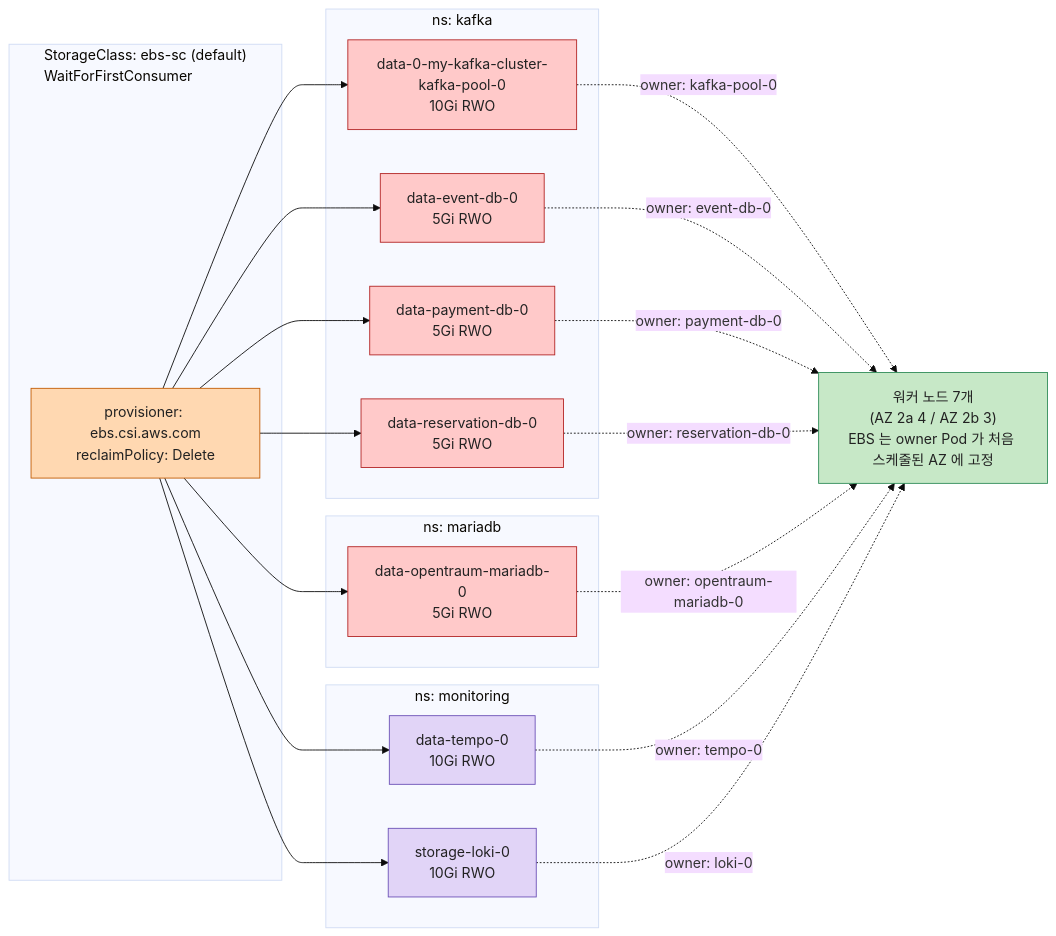
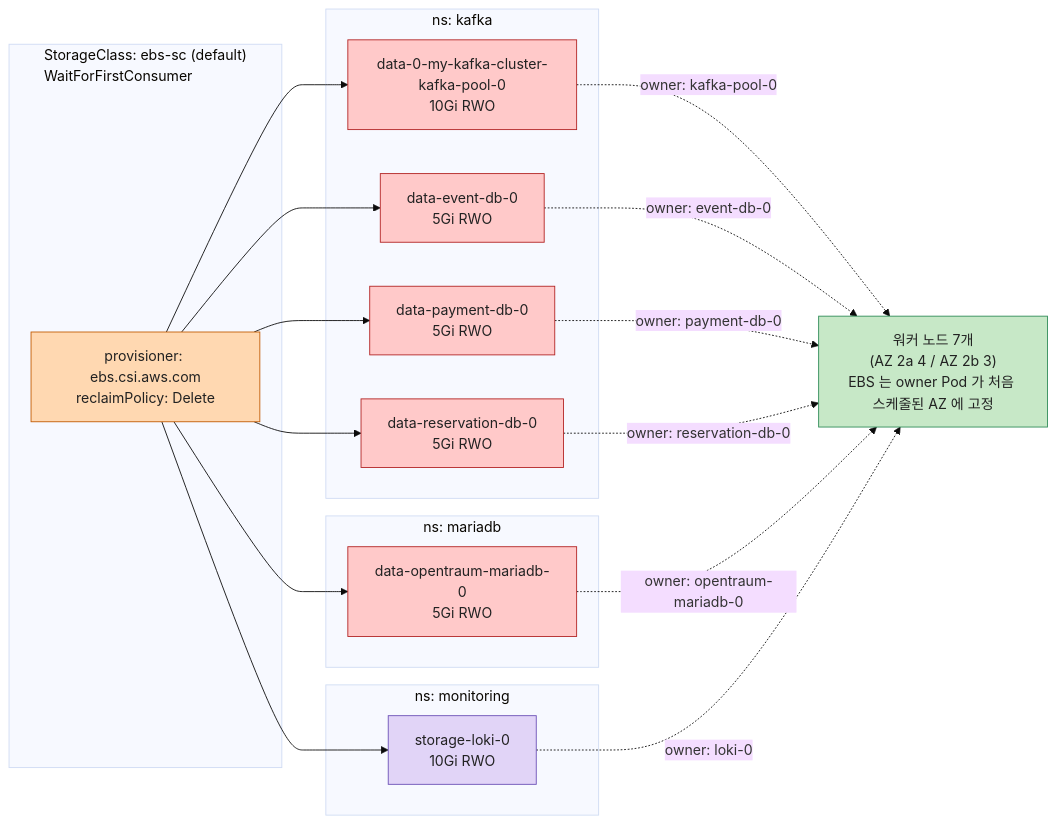
One commit to OpenTraum/OpenTraum-Infra changed the second of 2 diagrams in docs/OPENTRAUM-INFRA-01-CLUSTER.md. Above: the diagram before and after it, drawn with Mermaid. The commit also changed other lines of this file and 22 other files, not shown here.

````diff
--- a/docs/OPENTRAUM-INFRA-01-CLUSTER.md
+++ b/docs/OPENTRAUM-INFRA-01-CLUSTER.md
@@ -209,44 +208,41 @@
 ```mermaid
 %%{init: {'theme':'base'}}%%
 flowchart LR
   subgraph SC["StorageClass: ebs-sc (default)<br/>WaitForFirstConsumer"]
     SCNODE["provisioner: ebs.csi.aws.com<br/>reclaimPolicy: Delete"]:::sc
   end
 
   subgraph KAFKA["ns: kafka"]
     P1["data-0-my-kafka-cluster-kafka-pool-0<br/>10Gi RWO"]:::data
     P2["data-event-db-0<br/>5Gi RWO"]:::data
     P3["data-payment-db-0<br/>5Gi RWO"]:::data
     P4["data-reservation-db-0<br/>5Gi RWO"]:::data
   end
 
   subgraph MARIA["ns: mariadb"]
     P5["data-opentraum-mariadb-0<br/>5Gi RWO"]:::data
   end
 
   subgraph MON["ns: monitoring"]
-    P6["data-tempo-0<br/>10Gi RWO"]:::obs
     P7["storage-loki-0<br/>10Gi RWO"]:::obs
   end
 
   SCNODE --> P1
   SCNODE --> P2
   SCNODE --> P3
   SCNODE --> P4
   SCNODE --> P5
-  SCNODE --> P6
   SCNODE --> P7
 
   P1 -. "owner: kafka-pool-0" .-> NODES["워커 노드 7개<br/>(AZ 2a 4 / AZ 2b 3)<br/>EBS 는 owner Pod 가 처음 스케줄된 AZ 에 고정"]:::worker
   P2 -. "owner: event-db-0" .-> NODES
   P3 -. "owner: payment-db-0" .-> NODES
   P4 -. "owner: reservation-db-0" .-> NODES
   P5 -. "owner: opentraum-mariadb-0" .-> NODES
-  P6 -. "owner: tempo-0" .-> NODES
   P7 -. "owner: loki-0" .-> NODES
 
   classDef sc fill:#FFD8B1,stroke:#C25A00,color:#222
   classDef data fill:#FFC9C9,stroke:#B22222,color:#222
   classDef obs fill:#E1D4F7,stroke:#6A4FB6,color:#222
   classDef worker fill:#C7E8C7,stroke:#2E8B57,color:#222
 ```
````
